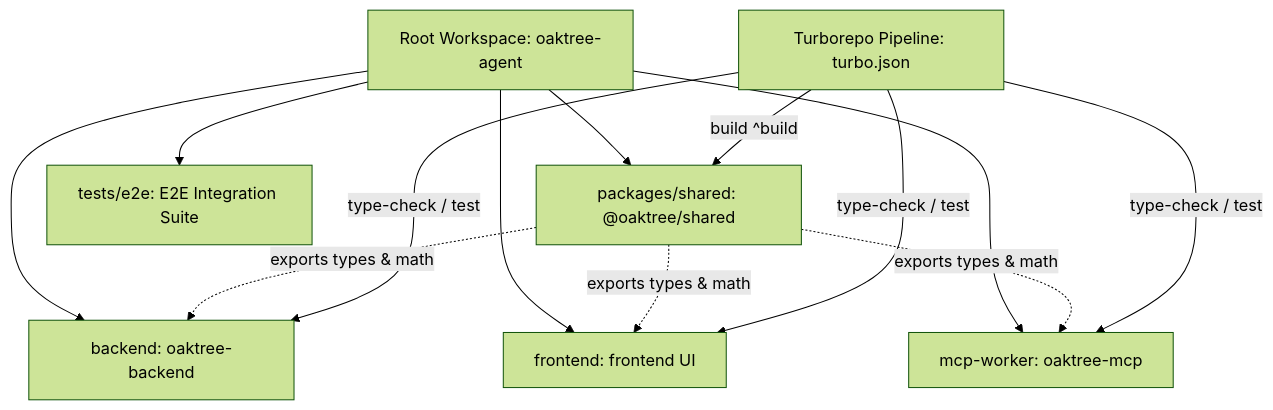
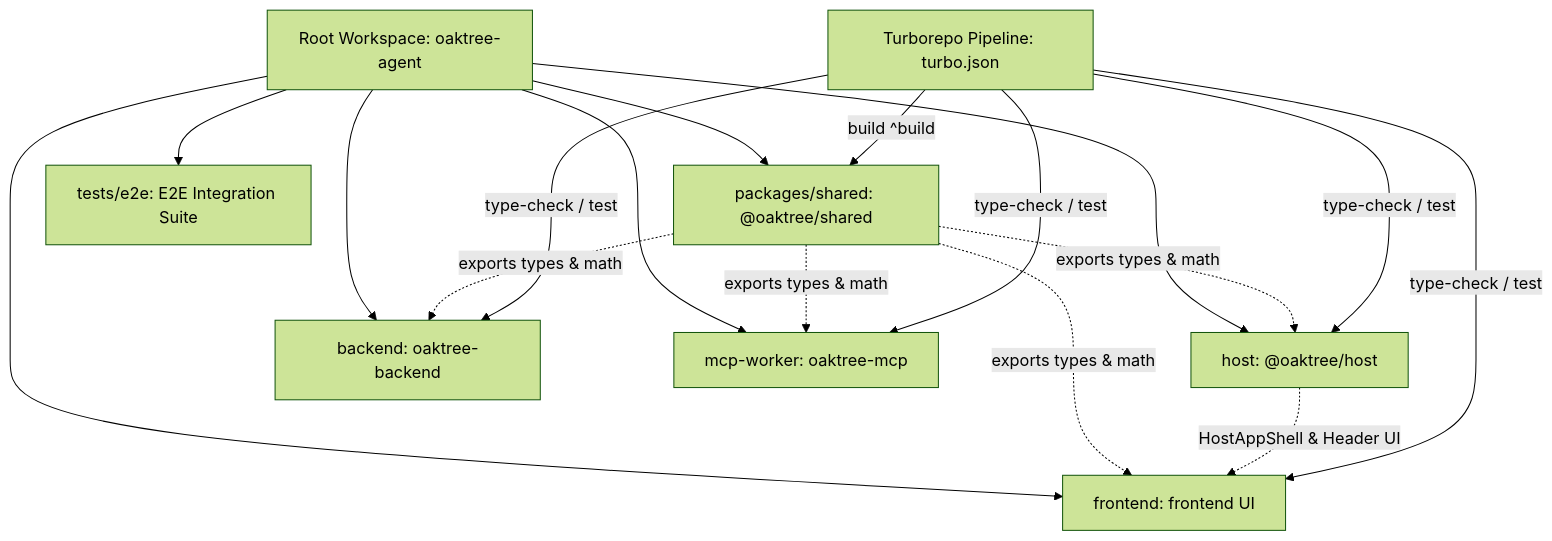
The diagram in docs/specs/MONOREPO_SPEC.md (mzget/cloudflare-moltbot-playgroud), drawn with Mermaid (forest theme) before and after one commit. The commit also changed other lines of this file and 43 other files, not shown here.

First line of the commit message:
feat(host): extract Header UI and Module Federation host shell into standalone @oaktree/host workspace

````diff
--- a/docs/specs/MONOREPO_SPEC.md
+++ b/docs/specs/MONOREPO_SPEC.md
@@ -32,17 +29,21 @@
 ```mermaid
 graph TD
     Root[Root Workspace: oaktree-agent] --> Shared[packages/shared: @oaktree/shared]
+    Root --> Host[host: @oaktree/host]
     Root --> Backend[backend: oaktree-backend]
     Root --> Frontend[frontend: frontend UI]
     Root --> MCP[mcp-worker: oaktree-mcp]
     Root --> E2E[tests/e2e: E2E Integration Suite]
 
     Shared -.->|exports types & math| Backend
+    Shared -.->|exports types & math| Host
     Shared -.->|exports types & math| Frontend
     Shared -.->|exports types & math| MCP
+    Host -.->|HostAppShell & Header UI| Frontend
 
     Turbo[Turborepo Pipeline: turbo.json] -->|build ^build| Shared
+    Turbo -->|type-check / test| Host
     Turbo -->|type-check / test| Backend
     Turbo -->|type-check / test| Frontend
     Turbo -->|type-check / test| MCP
 ```
````
